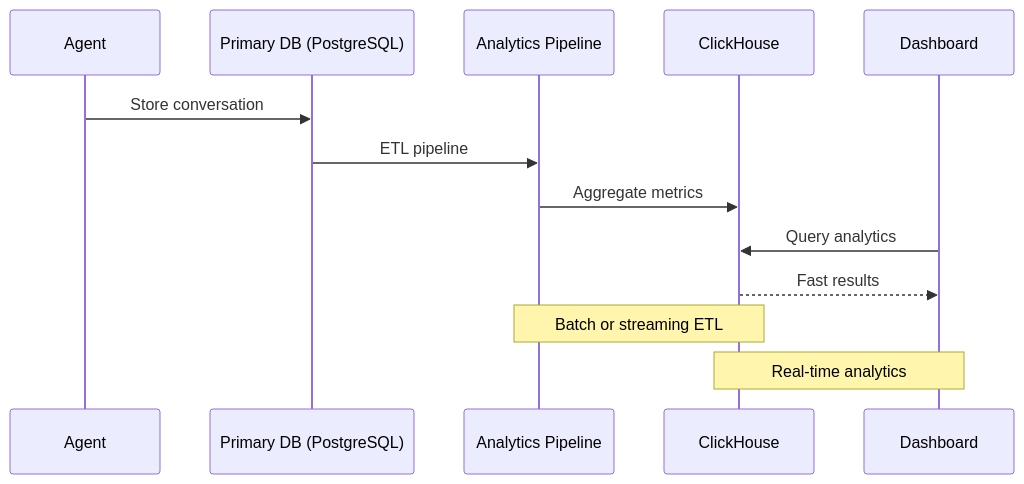
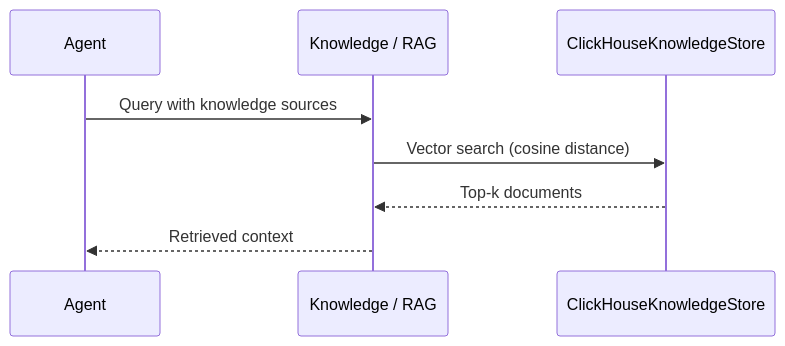
The second of 2 diagrams in docs/features/persistence-clickhouse.mdx (MervinPraison/PraisonAIDocs), drawn with Mermaid before and after one commit. The commit also changed other lines of this file and 4 other files, not shown here.

````diff
--- a/docs/features/persistence-clickhouse.mdx
+++ b/docs/features/persistence-clickhouse.mdx
@@ -92,17 +91,11 @@
 ```mermaid
 sequenceDiagram
     participant Agent
-    participant Primary as Primary DB (PostgreSQL)
-    participant Analytics as Analytics Pipeline
-    participant ClickHouse
-    participant Dashboard
-    
-    Agent->>Primary: Store conversation
-    Primary->>Analytics: ETL pipeline
-    Analytics->>ClickHouse: Aggregate metrics
-    Dashboard->>ClickHouse: Query analytics
-    ClickHouse-->>Dashboard: Fast results
-    
-    Note over Analytics,ClickHouse: Batch or streaming ETL
-    Note over ClickHouse,Dashboard: Real-time analytics
+    participant RAG as Knowledge / RAG
+    participant CH as ClickHouseKnowledgeStore
+
+    Agent->>RAG: Query with knowledge sources
+    RAG->>CH: Vector search (cosine distance)
+    CH-->>RAG: Top-k documents
+    RAG-->>Agent: Retrieved context
 ```
````
